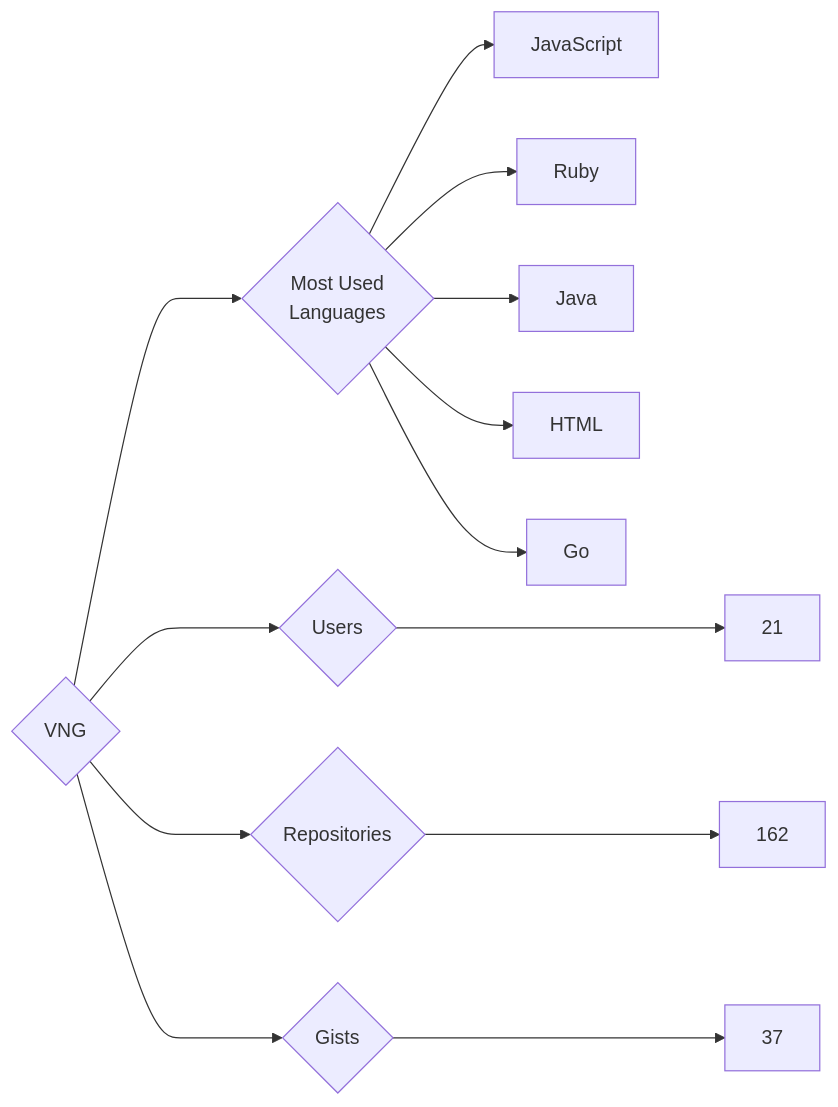
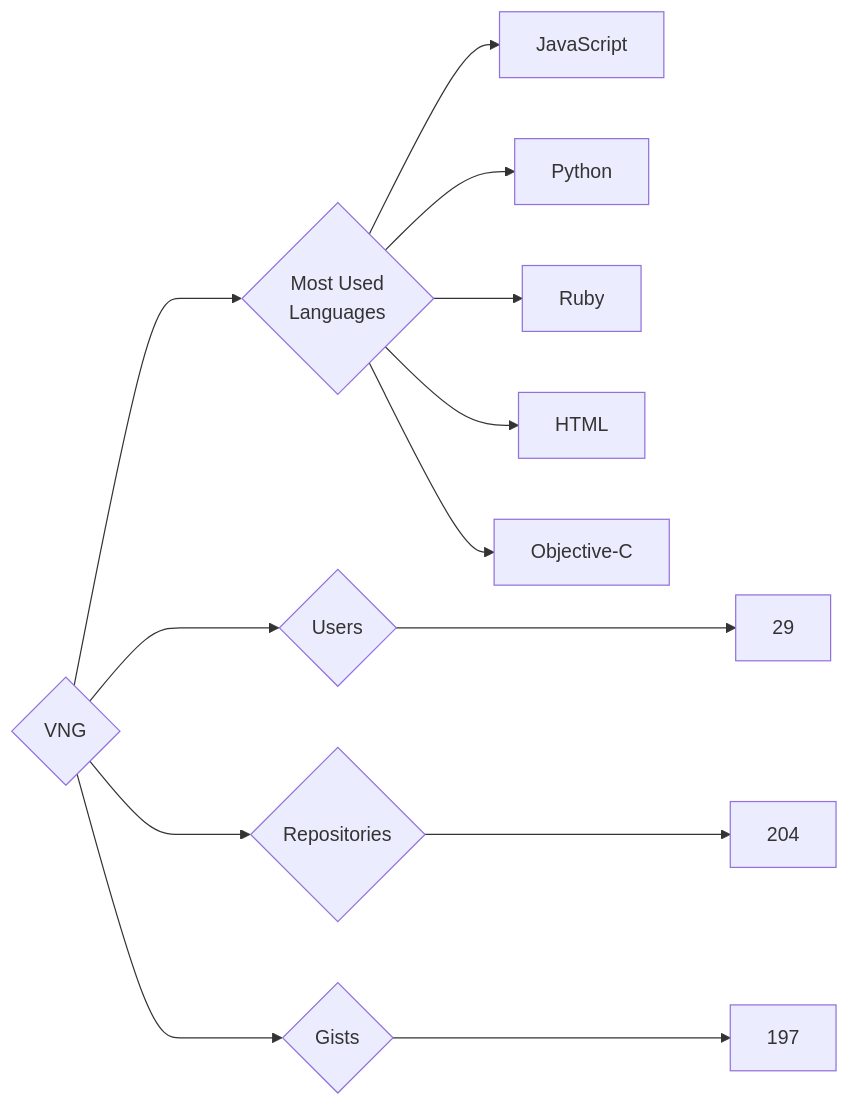
One commit to trickest/insiders changed the diagram in targets/VNG/README.md. Above: the diagram before and after it, drawn with Mermaid. The commit also changed 964 other files, not shown here.

````diff
--- a/targets/VNG/README.md
+++ b/targets/VNG/README.md
@@ -3,13 +3,13 @@
 ```mermaid
 graph LR
 COMPANY_NAME{VNG}
-COMPANY_NAME ---> U{Users} ---> UN[21]
-COMPANY_NAME ---> R{Repositories} ---> RN[162]
-COMPANY_NAME ---> G{Gists} ---> GN[37]
+COMPANY_NAME ---> U{Users} ---> UN[29]
+COMPANY_NAME ---> R{Repositories} ---> RN[204]
+COMPANY_NAME ---> G{Gists} ---> GN[197]
 COMPANY_NAME ---> ML{Most Used<br>Languages}
 ML --> JavaScript[JavaScript]
+ML --> Python[Python]
 ML --> Ruby[Ruby]
-ML --> Java[Java]
 ML --> HTML[HTML]
-ML --> Go[Go]
+ML --> Objective-C[Objective-C]
 ```
````
